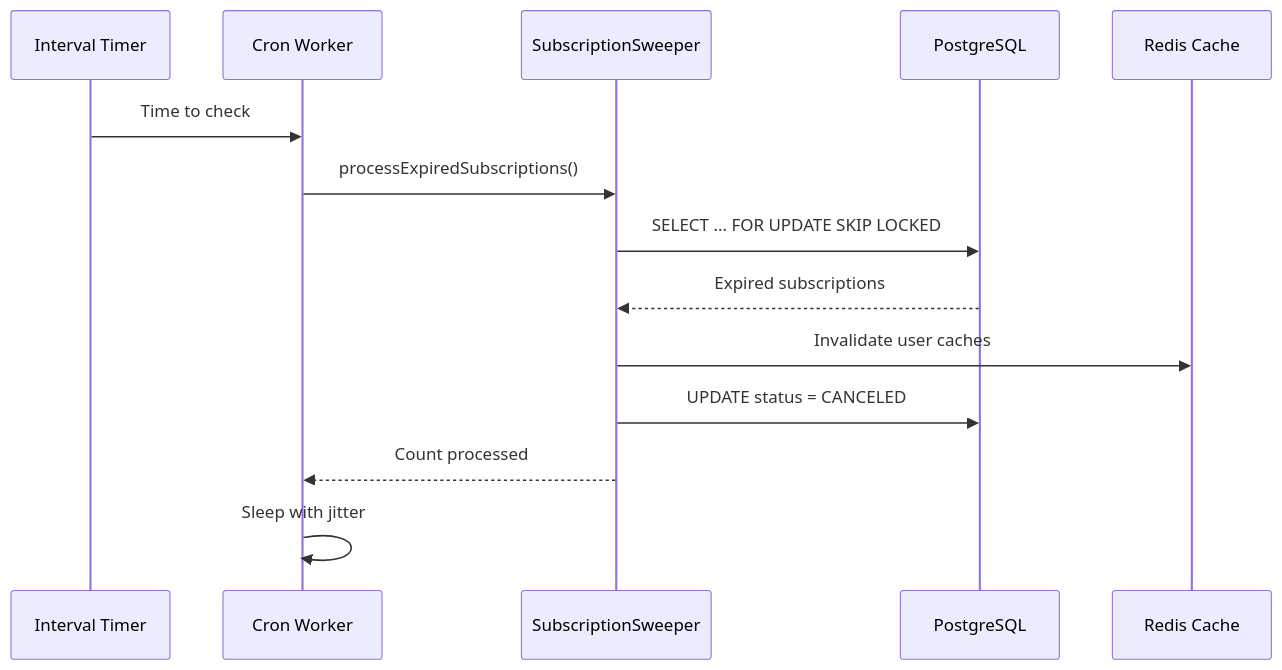
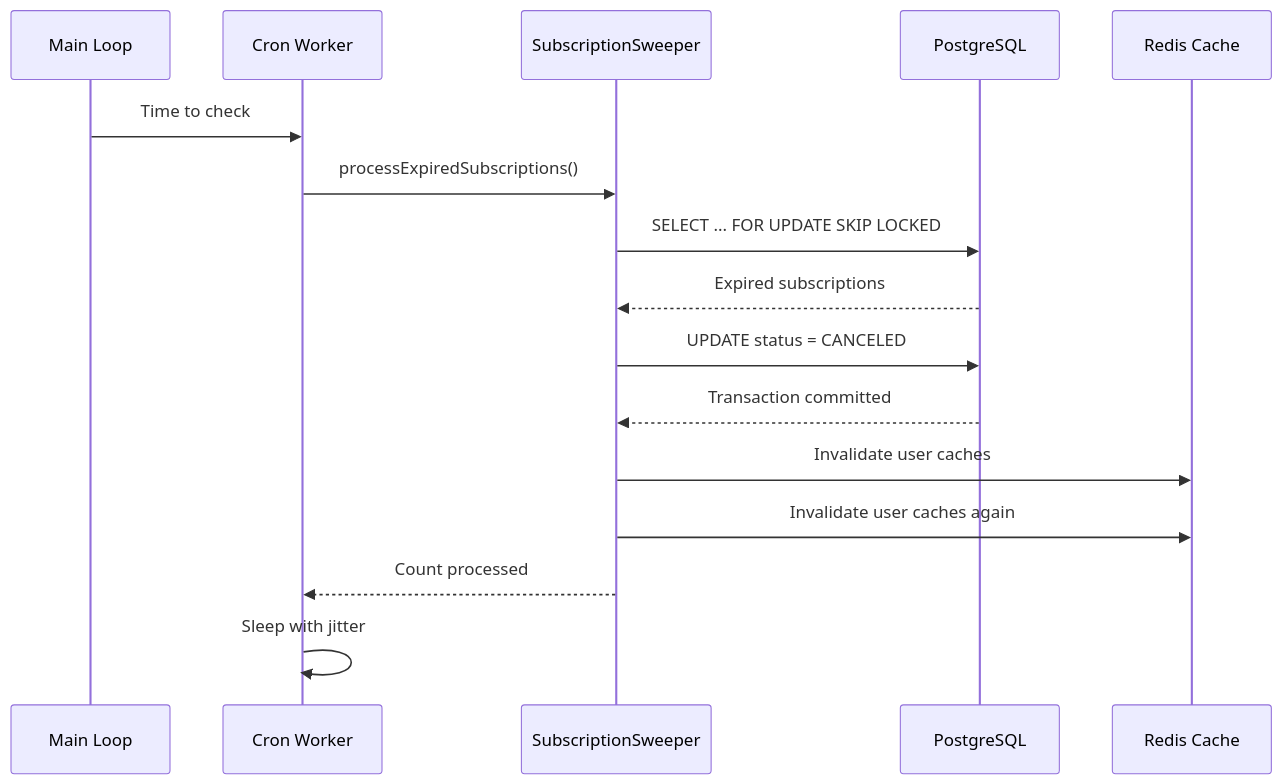
One commit to kunalPisolkar24/detectAI changed the sixth of 8 diagrams in services/workers/docs/concepts/message-flows.md. Above: the diagram before and after it, drawn with Mermaid. The commit also changed other lines of this file and 10 other files, not shown here.

````diff
--- a/services/workers/docs/concepts/message-flows.md
+++ b/services/workers/docs/concepts/message-flows.md
@@ -136,17 +221,19 @@
 ```mermaid
 sequenceDiagram
-    participant Timer as Interval Timer
+    participant MainLoop as Main Loop
     participant Worker as Cron Worker
     participant Sweeper as SubscriptionSweeper
     participant DB as PostgreSQL
     participant Cache as Redis Cache
 
-    Timer->>Worker: Time to check
+    MainLoop->>Worker: Time to check
     Worker->>Sweeper: processExpiredSubscriptions()
     Sweeper->>DB: SELECT ... FOR UPDATE SKIP LOCKED
     DB-->>Sweeper: Expired subscriptions
+    Sweeper->>DB: UPDATE status = CANCELED
+    DB-->>Sweeper: Transaction committed
     Sweeper->>Cache: Invalidate user caches
-    Sweeper->>DB: UPDATE status = CANCELED
+    Sweeper->>Cache: Invalidate user caches again
     Sweeper-->>Worker: Count processed
     Worker->>Worker: Sleep with jitter
 ```
````
